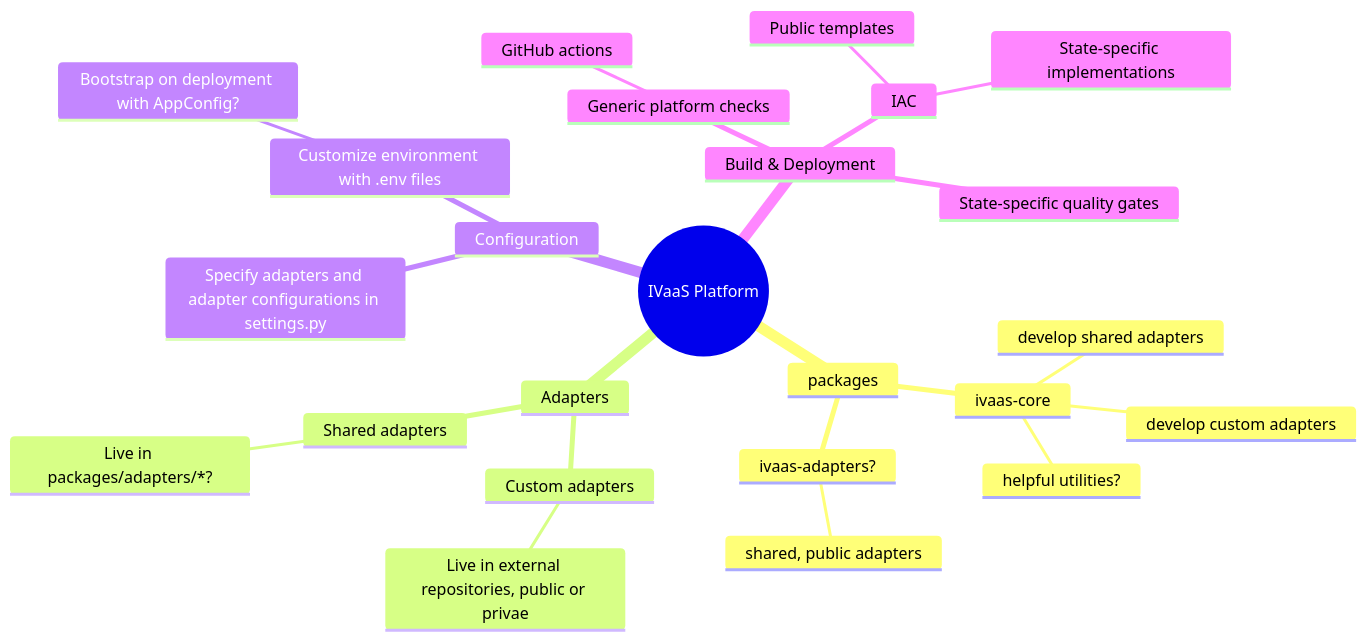
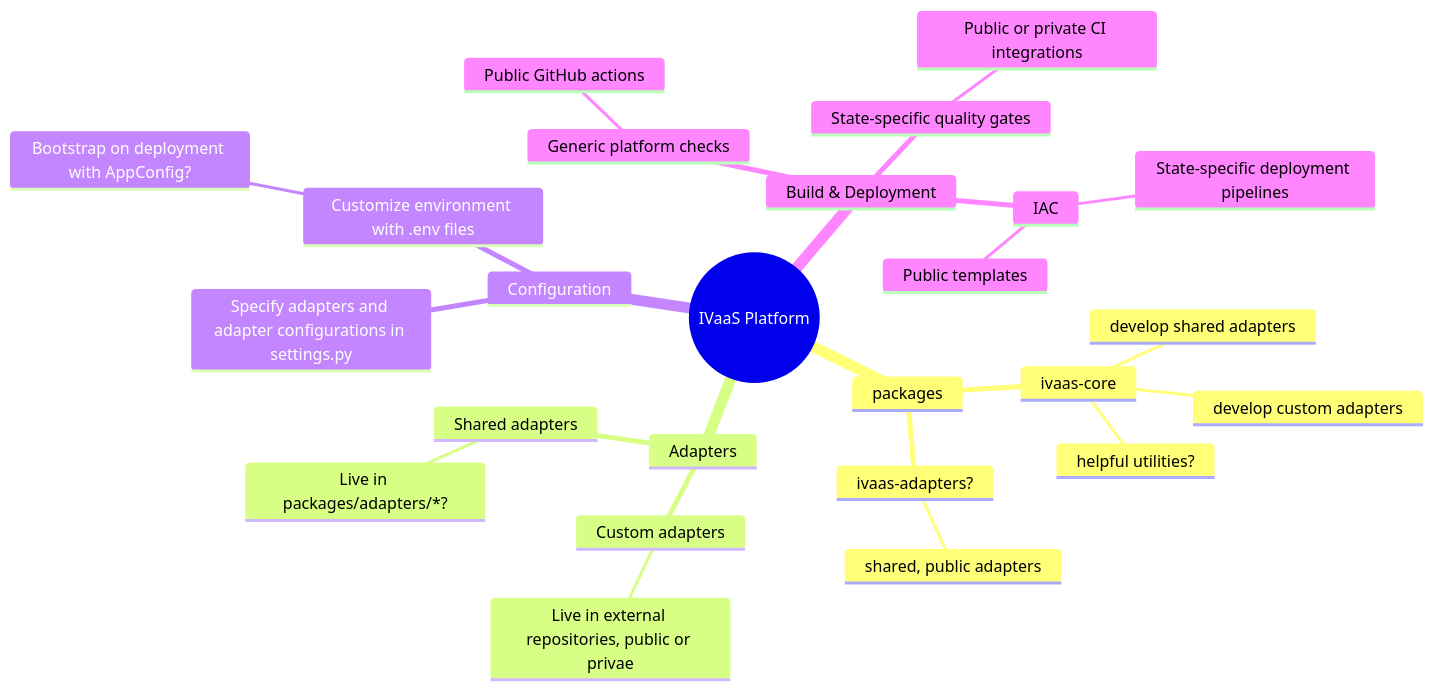
Before and after one commit to coloradodigitalservice/ivaas: the diagram in README.md, drawn with Mermaid.

Commit message:
More detail on state-specific CICD

````diff
--- a/README.md
+++ b/README.md
@@ -12,27 +12,28 @@
 ```mermaid
 mindmap
   root((IVaaS Platform))
     packages
       ivaas-core
         develop custom adapters
         develop shared adapters
         helpful utilities?
       ivaas-adapters?
         shared, public adapters
     Adapters
       Custom adapters
         Live in external repositories, public or privae
       Shared adapters
         Live in packages/adapters/*?
     Configuration
       Specify adapters and adapter configurations in settings.py
       Customize environment with .env files
         Bootstrap on deployment with AppConfig?
     Build & Deployment
         Generic platform checks
-            GitHub actions
+            Public GitHub actions
         State-specific quality gates
+            Public or private CI integrations
         IAC
           Public templates
-          State-specific implementations
+          State-specific deployment pipelines
 ```
````
